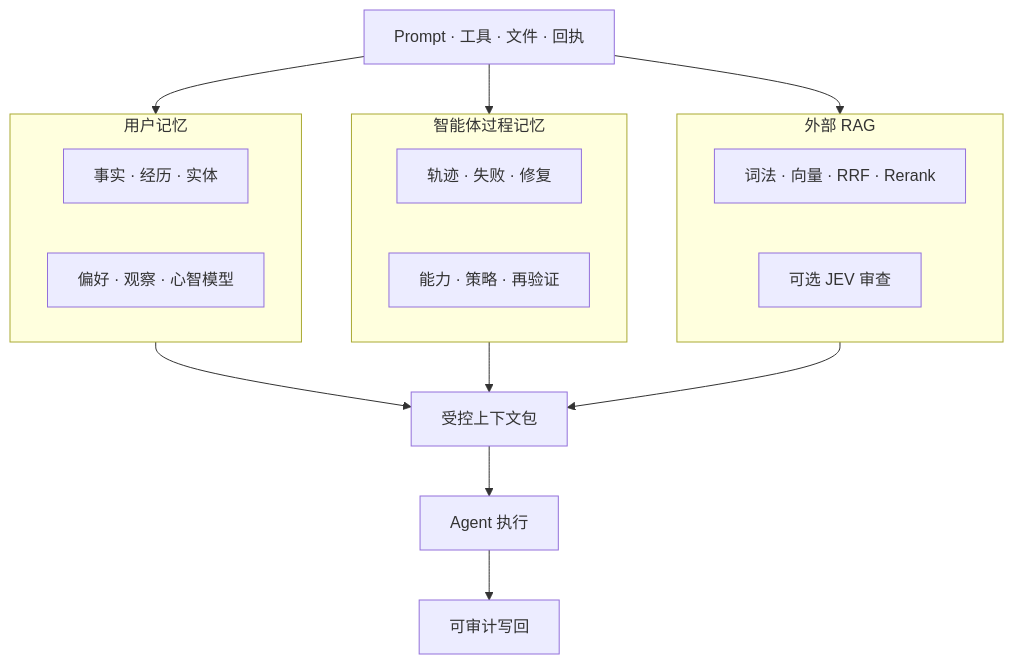
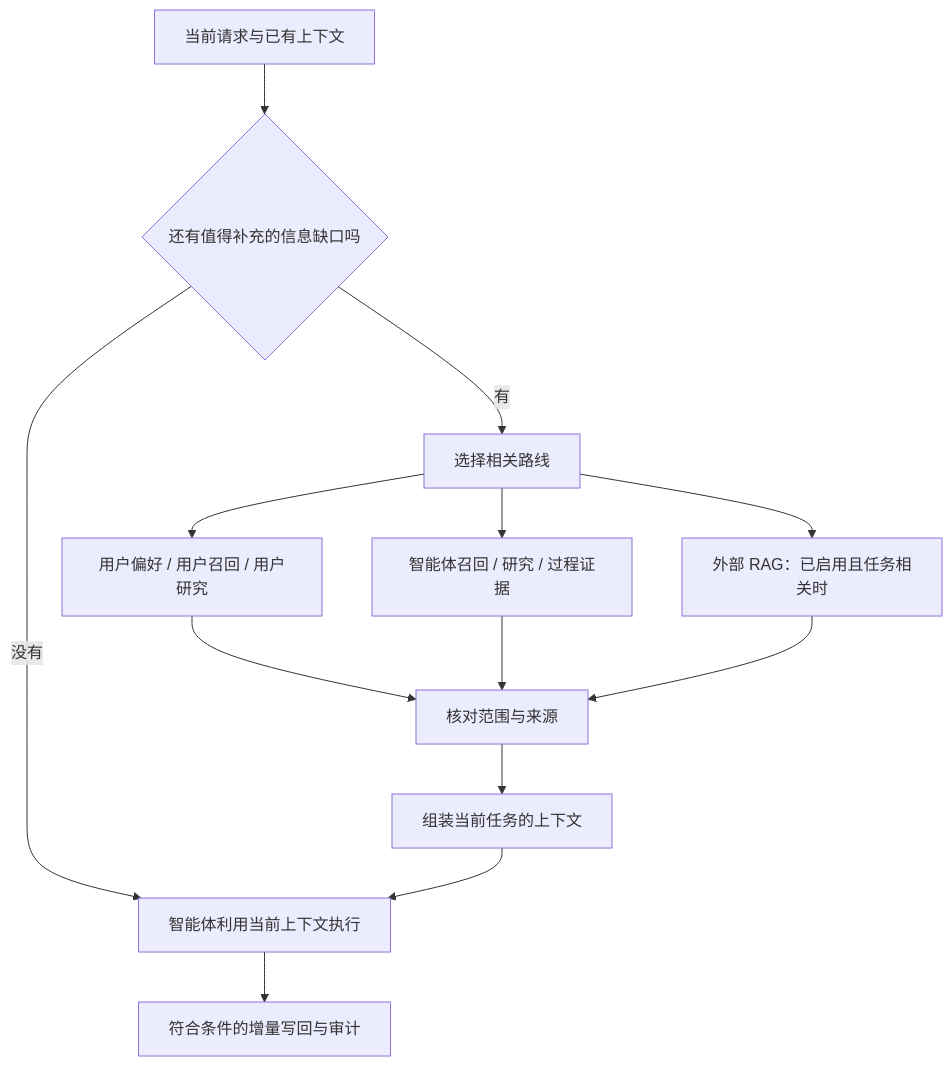
The diagram in README-中文.md (94Hao94/evolving-profile), drawn with Mermaid before and after one commit. The commit also changed other lines of this file and 295 other files, not shown here.

````diff
--- a/README-中文.md
+++ b/README-中文.md
@@ -37,23 +76,15 @@
 ```mermaid
 flowchart TB
-    S[Prompt · 工具 · 文件 · 回执] --> U
-    S --> A
-    S --> R
-    subgraph U[用户记忆]
-      U1[事实 · 经历 · 实体]
-      U2[偏好 · 观察 · 心智模型]
-    end
-    subgraph A[智能体过程记忆]
-      A1[轨迹 · 失败 · 修复]
-      A2[能力 · 策略 · 再验证]
-    end
-    subgraph R[外部 RAG]
-      R1[词法 · 向量 · RRF · Rerank]
-      R2[可选 JEV 审查]
-    end
-    U --> P[受控上下文包]
-    A --> P
-    R --> P
-    P --> X[Agent 执行]
-    X --> W[可审计写回]
+    Q[当前请求与已有上下文] --> D{还有值得补充的信息缺口吗}
+    D -->|没有| X[智能体利用当前上下文执行]
+    D -->|有| R[选择相关路线]
+    R --> U[用户偏好 / 用户召回 / 用户研究]
+    R --> A[智能体召回 / 研究 / 过程证据]
+    R --> E[外部 RAG：已启用且任务相关时]
+    U --> C[核对范围与来源]
+    A --> C
+    E --> C
+    C --> P[组装当前任务的上下文]
+    P --> X
+    X --> W[符合条件的增量写回与审计]
 ```
````
